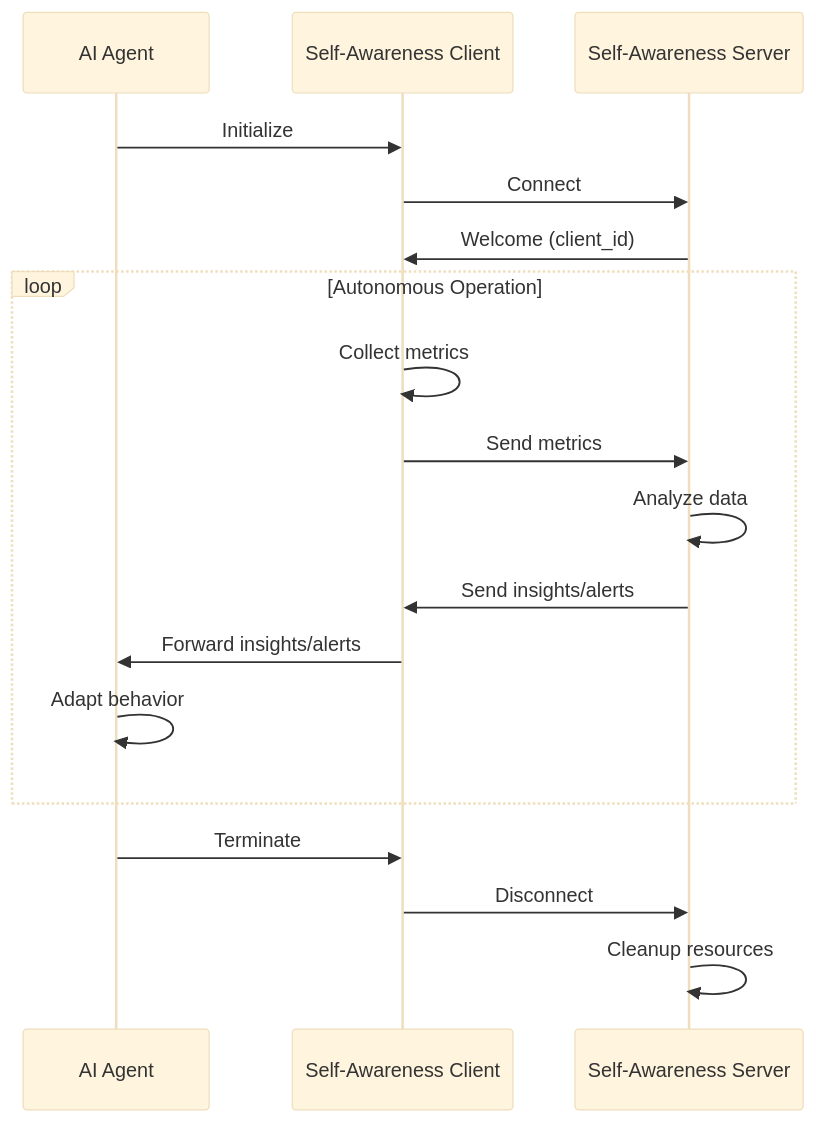
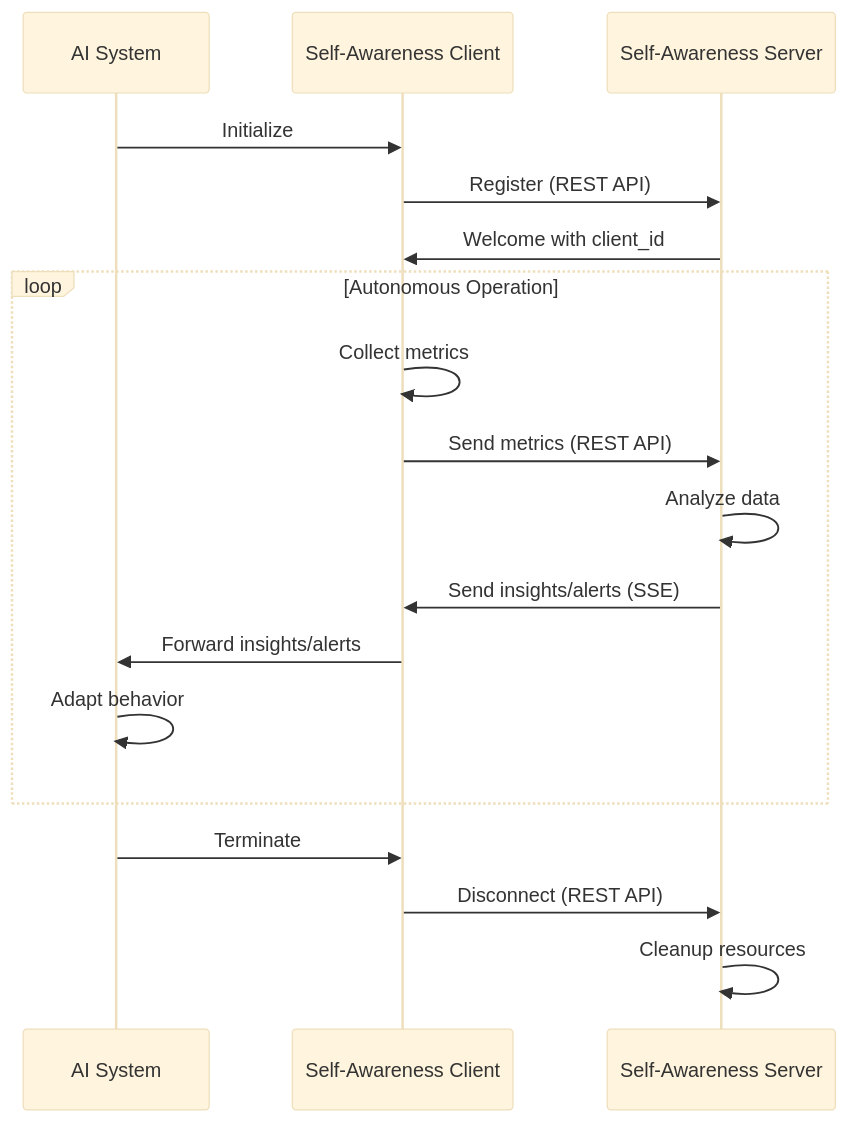
Before and after one commit to amuzetnoM/research: the second of 4 diagrams in head_1/frameworks/self_awareness/README.md, drawn with Mermaid (base theme). The commit also changed other lines of this file and 26 other files, not shown here.

````diff
--- a/head_1/frameworks/self_awareness/README.md
+++ b/head_1/frameworks/self_awareness/README.md
@@ -58,23 +62,23 @@
 ```mermaid
 sequenceDiagram
-    participant AI as AI Agent
+    participant AI as AI System
     participant Client as Self-Awareness Client
     participant Server as Self-Awareness Server
     
     AI->>Client: Initialize
-    Client->>Server: Connect
-    Server->>Client: Welcome (client_id)
+    Client->>Server: Register (REST API)
+    Server->>Client: Welcome with client_id
     
     loop Autonomous Operation
         Client->>Client: Collect metrics
-        Client->>Server: Send metrics
+        Client->>Server: Send metrics (REST API)
         Server->>Server: Analyze data
-        Server->>Client: Send insights/alerts
+        Server->>Client: Send insights/alerts (SSE)
         Client->>AI: Forward insights/alerts
         AI->>AI: Adapt behavior
     end
     
     AI->>Client: Terminate
-    Client->>Server: Disconnect
+    Client->>Server: Disconnect (REST API)
     Server->>Server: Cleanup resources
 ```
````
